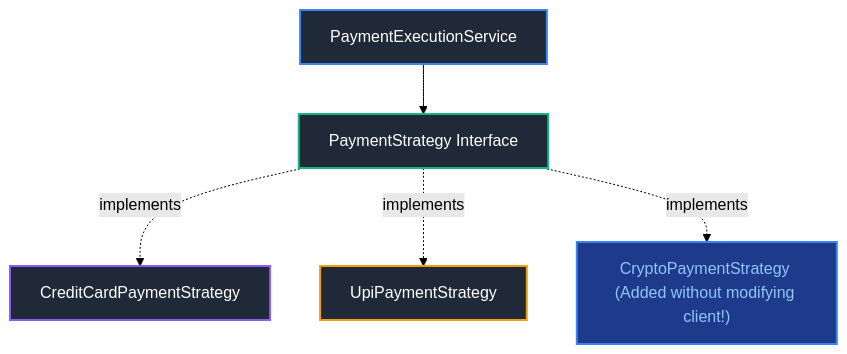
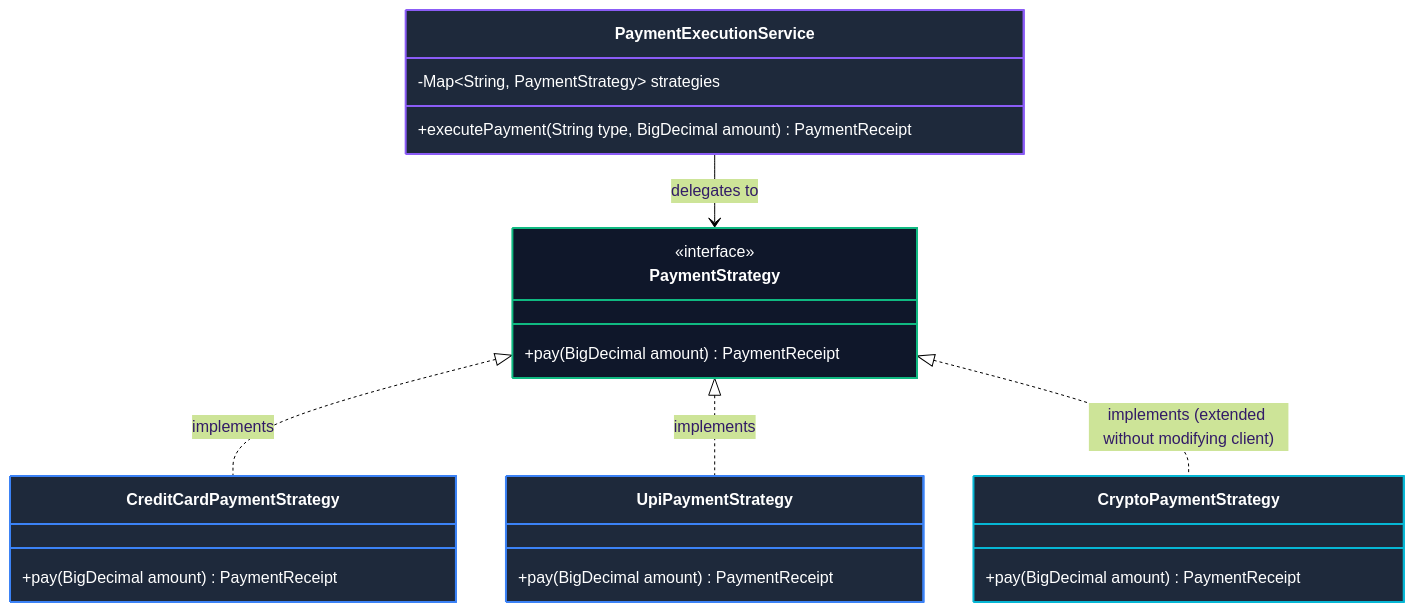
One commit to joydeep-biswas/Interview-Preparation changed the third of 22 diagrams in Java Backend Engineering/06_design_patterns_solid_software_architecture.md. Above: the diagram before and after it, drawn with Mermaid (forest theme). The commit also changed other lines of this file and 76 other files, not shown here.

Commit message:
Updated Charts

````diff
--- a/Java Backend Engineering/06_design_patterns_solid_software_architecture.md
+++ b/Java Backend Engineering/06_design_patterns_solid_software_architecture.md
@@ -178,13 +197,32 @@
 ```mermaid
-flowchart TD
-    Client["PaymentExecutionService"] --> Interface["PaymentStrategy Interface"]
-    Interface -.->|implements| C1["CreditCardPaymentStrategy"]
-    Interface -.->|implements| C2["UpiPaymentStrategy"]
-    Interface -.->|implements| C3["CryptoPaymentStrategy (Added without modifying client!)"]
+classDiagram
+    direction TB
+    class PaymentExecutionService {
+        -Map~String, PaymentStrategy~ strategies
+        +executePayment(String type, BigDecimal amount) PaymentReceipt
+    }
+    class PaymentStrategy {
+        <<interface>>
+        +pay(BigDecimal amount) PaymentReceipt
+    }
+    class CreditCardPaymentStrategy {
+        +pay(BigDecimal amount) PaymentReceipt
+    }
+    class UpiPaymentStrategy {
+        +pay(BigDecimal amount) PaymentReceipt
+    }
+    class CryptoPaymentStrategy {
+        +pay(BigDecimal amount) PaymentReceipt
+    }
 
-    style Client fill:#1f2937,stroke:#3b82f6,stroke-width:2px,color:#fff
-    style Interface fill:#1f2937,stroke:#10b981,stroke-width:2px,color:#fff
-    style C1 fill:#1f2937,stroke:#8b5cf6,stroke-width:2px,color:#fff
-    style C2 fill:#1f2937,stroke:#f59e0b,stroke-width:2px,color:#fff
-    style C3 fill:#1e3a8a,stroke:#3b82f6,stroke-width:2px,color:#93c5fd
+    PaymentExecutionService --> PaymentStrategy : delegates to
+    PaymentStrategy <|.. CreditCardPaymentStrategy : implements
+    PaymentStrategy <|.. UpiPaymentStrategy : implements
+    PaymentStrategy <|.. CryptoPaymentStrategy : implements (extended without modifying client)
+
+    style PaymentExecutionService fill:#1e293b,stroke:#8b5cf6,stroke-width:2px,color:#ffffff
+    style PaymentStrategy fill:#0f172a,stroke:#10b981,stroke-width:2px,color:#ffffff
+    style CreditCardPaymentStrategy fill:#1e293b,stroke:#3b82f6,stroke-width:2px,color:#ffffff
+    style UpiPaymentStrategy fill:#1e293b,stroke:#3b82f6,stroke-width:2px,color:#ffffff
+    style CryptoPaymentStrategy fill:#1e293b,stroke:#06b6d4,stroke-width:2px,color:#ffffff
 ```
````
